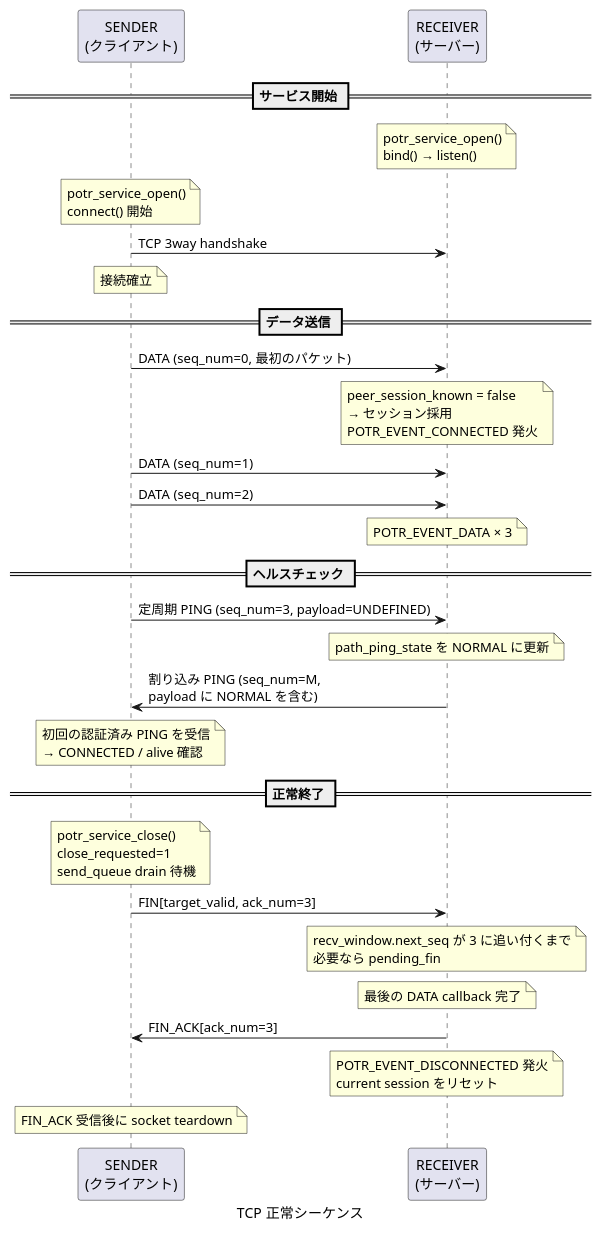
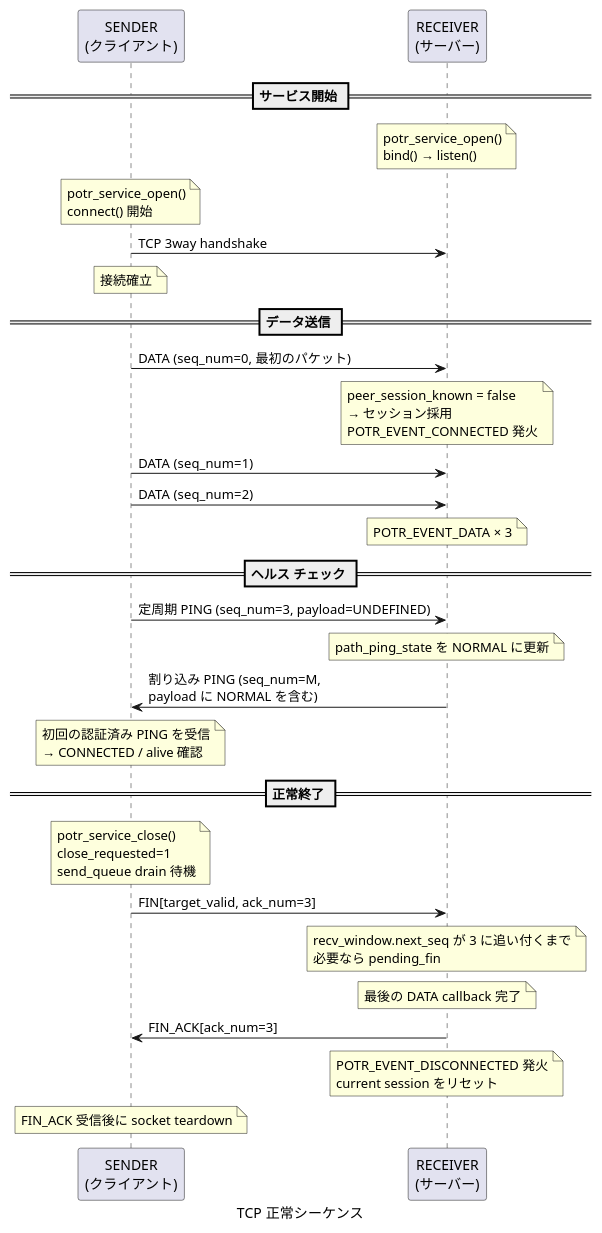
The third of 9 diagrams in docs/sequence-tcp.md (Hondarer/app_porter), drawn with PlantUML before and after one commit. The commit also changed other lines of this file and 73 other files, not shown here.

````diff
--- a/docs/sequence-tcp.md
+++ b/docs/sequence-tcp.md
@@ -78,42 +78,42 @@
 ```plantuml
 @startuml TCP 正常シーケンス
 caption TCP 正常シーケンス
 
 participant "SENDER\n(クライアント)" as S
 participant "RECEIVER\n(サーバー)" as R
 
 == サービス開始 ==
 
 note over R: potr_service_open()\nbind() → listen()
 note over S: potr_service_open()\nconnect() 開始
 S -> R: TCP 3way handshake
 note over S: 接続確立
 
 == データ送信 ==
 
 S -> R: DATA (seq_num=0, 最初のパケット)
 note over R: peer_session_known = false\n→ セッション採用\nPOTR_EVENT_CONNECTED 発火
 
 S -> R: DATA (seq_num=1)
 S -> R: DATA (seq_num=2)
 note over R: POTR_EVENT_DATA × 3
 
-== ヘルスチェック ==
+== ヘルス チェック ==
 
 S -> R: 定周期 PING (seq_num=3, payload=UNDEFINED)
 note over R: path_ping_state を NORMAL に更新
 R -> S: 割り込み PING (seq_num=M,\npayload に NORMAL を含む)
 note over S: 初回の認証済み PING を受信\n→ CONNECTED / alive 確認
 
 == 正常終了 ==
 
 note over S: potr_service_close()\nclose_requested=1\nsend_queue drain 待機
 S -> R: FIN[target_valid, ack_num=3]
 note over R: recv_window.next_seq が 3 に追い付くまで\n必要なら pending_fin
 note over R: 最後の DATA callback 完了
 R -> S: FIN_ACK[ack_num=3]
 note over R: POTR_EVENT_DISCONNECTED 発火\ncurrent session をリセット
 note over S: FIN_ACK 受信後に socket teardown
 
 @enduml
 ```
````
